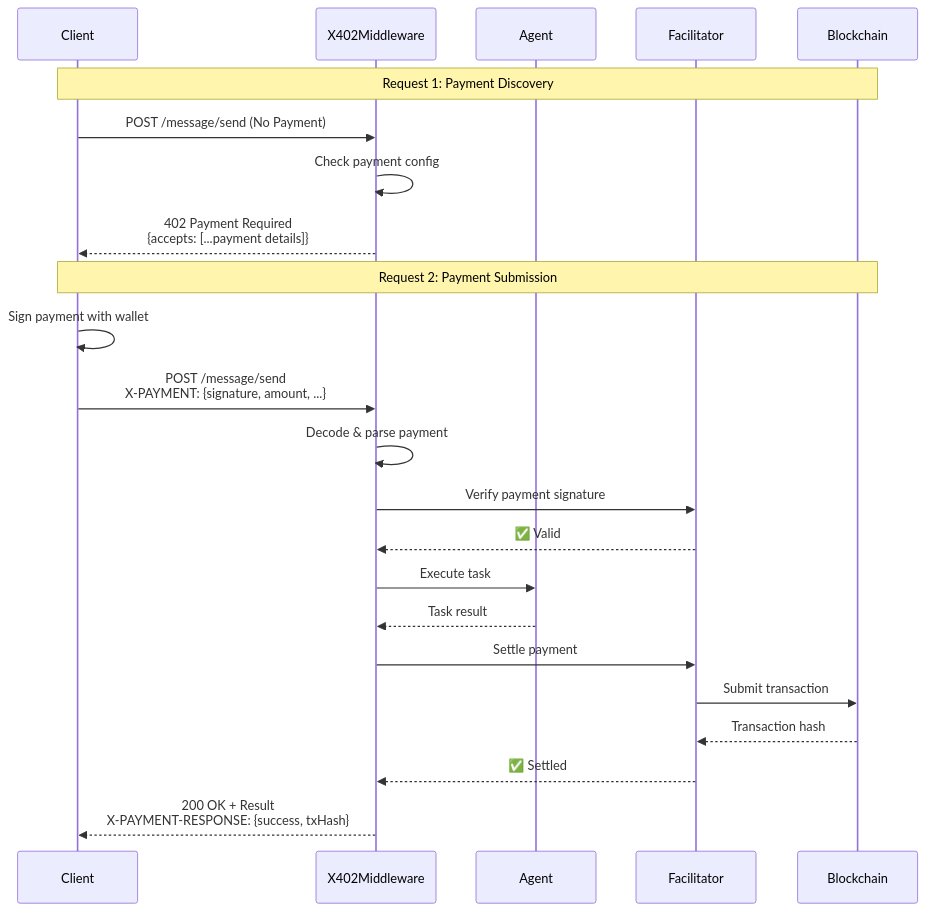
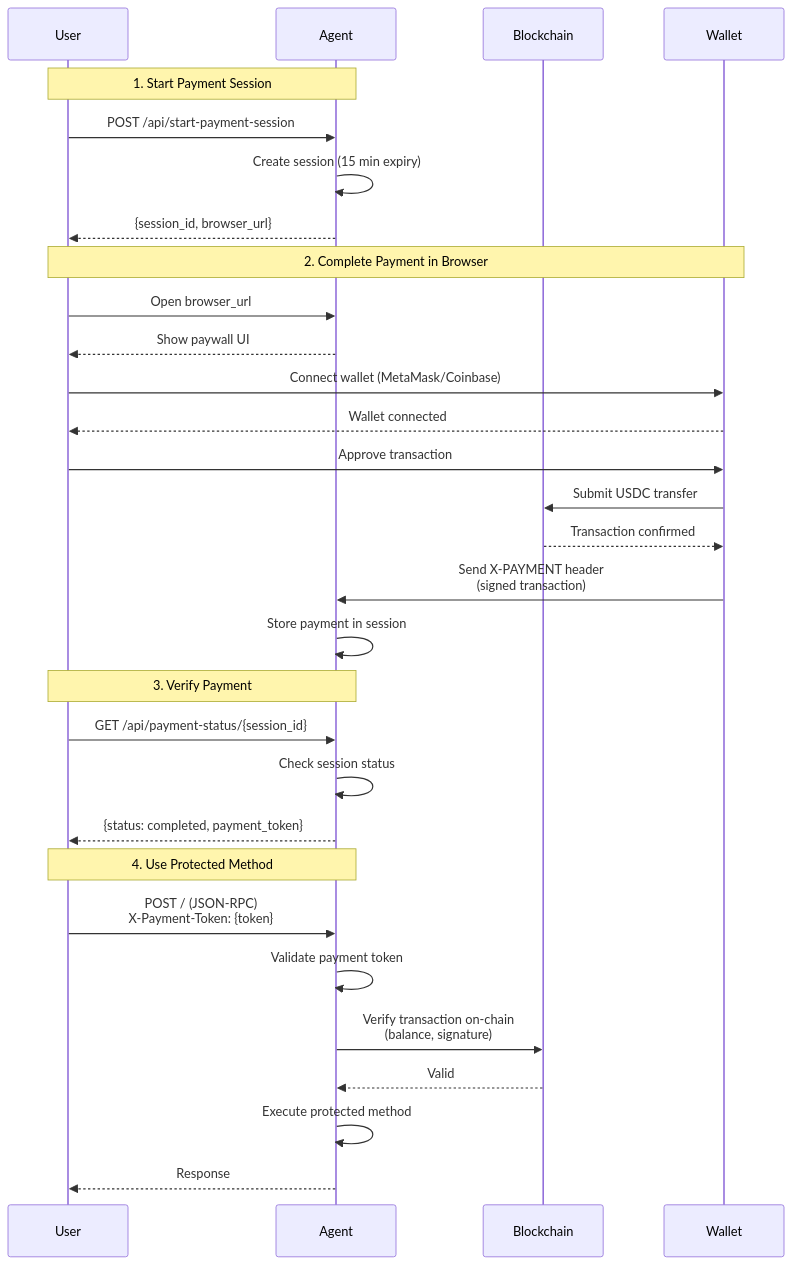
Before and after one commit to raahulrahl/docs: the diagram in bindu/learn/payment/introduction.mdx, drawn with Mermaid. The commit also changed other lines of this file and 17 other files, not shown here.

````diff
--- a/bindu/learn/payment/introduction.mdx
+++ b/bindu/learn/payment/introduction.mdx
@@ -31,27 +10,36 @@
 ```mermaid
 sequenceDiagram
-    participant Client
-    participant X402Middleware
+    participant User
     participant Agent
-    participant Facilitator
     participant Blockchain
+    participant Wallet
 
-    Note over Client,Blockchain: Request 1: Payment Discovery
-    Client->>X402Middleware: POST /message/send (No Payment)
-    X402Middleware->>X402Middleware: Check payment config
-    X402Middleware-->>Client: 402 Payment Required<br/>{accepts: [...payment details]}
-    
-    Note over Client,Blockchain: Request 2: Payment Submission
-    Client->>Client: Sign payment with wallet
-    Client->>X402Middleware: POST /message/send<br/>X-PAYMENT: {signature, amount, ...}
-    X402Middleware->>X402Middleware: Decode & parse payment
-    X402Middleware->>Facilitator: Verify payment signature
-    Facilitator-->>X402Middleware: ✅ Valid
-    X402Middleware->>Agent: Execute task
-    Agent-->>X402Middleware: Task result
-    X402Middleware->>Facilitator: Settle payment
-    Facilitator->>Blockchain: Submit transaction
-    Blockchain-->>Facilitator: Transaction hash
-    Facilitator-->>X402Middleware: ✅ Settled
-    X402Middleware-->>Client: 200 OK + Result<br/>X-PAYMENT-RESPONSE: {success, txHash}
+    Note over User,Agent: 1. Start Payment Session
+    User->>Agent: POST /api/start-payment-session
+    Agent->>Agent: Create session (15 min expiry)
+    Agent-->>User: {session_id, browser_url}
+
+    Note over User,Wallet: 2. Complete Payment in Browser
+    User->>Agent: Open browser_url
+    Agent-->>User: Show paywall UI
+    User->>Wallet: Connect wallet (MetaMask/Coinbase)
+    Wallet-->>User: Wallet connected
+    User->>Wallet: Approve transaction
+    Wallet->>Blockchain: Submit USDC transfer
+    Blockchain-->>Wallet: Transaction confirmed
+    Wallet->>Agent: Send X-PAYMENT header<br/>(signed transaction)
+    Agent->>Agent: Store payment in session
+
+    Note over User,Agent: 3. Verify Payment
+    User->>Agent: GET /api/payment-status/{session_id}
+    Agent->>Agent: Check session status
+    Agent-->>User: {status: completed, payment_token}
+
+    Note over User,Agent: 4. Use Protected Method
+    User->>Agent: POST / (JSON-RPC)<br/>X-Payment-Token: {token}
+    Agent->>Agent: Validate payment token
+    Agent->>Blockchain: Verify transaction on-chain<br/>(balance, signature)
+    Blockchain-->>Agent: Valid
+    Agent->>Agent: Execute protected method
+    Agent-->>User: Response
 ```
````
